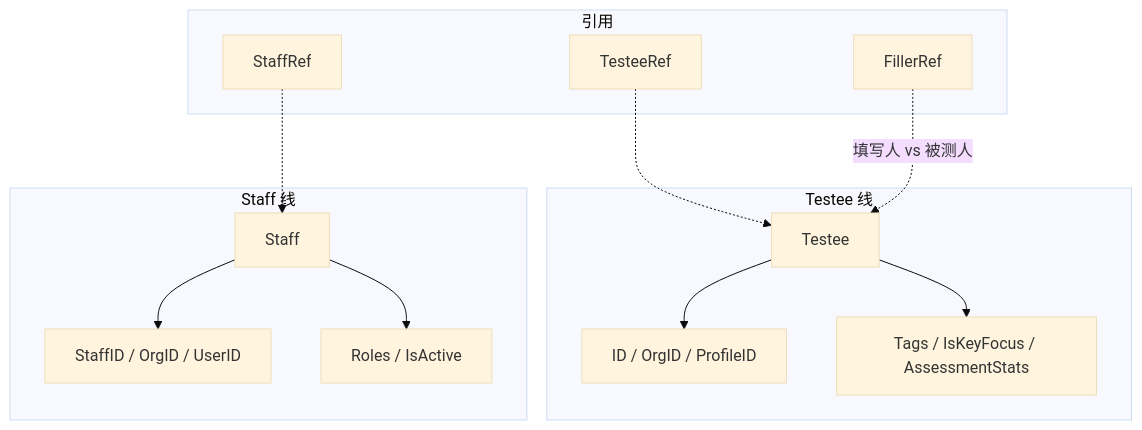
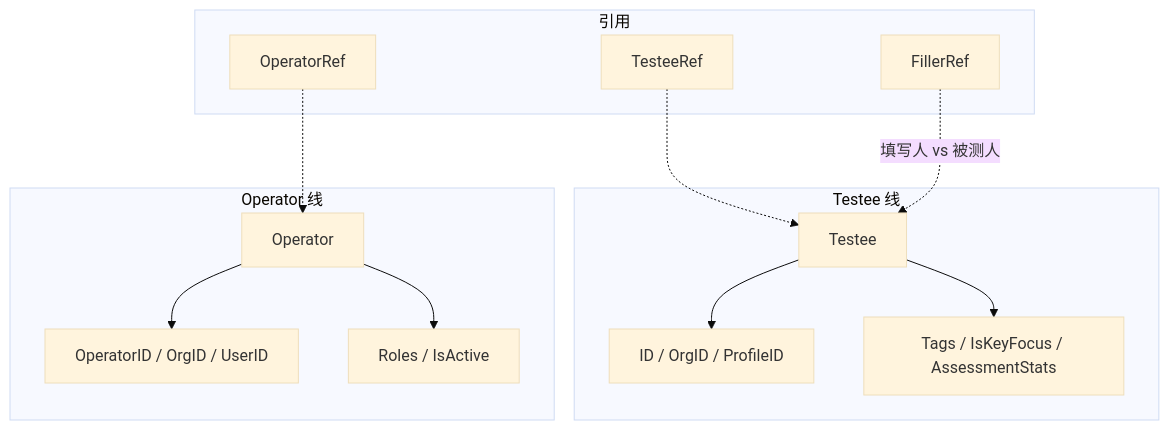
Before and after one commit to FangcunMount/qs-server: the third of 5 diagrams in docs/02-业务模块/05-actor.md, drawn with Mermaid (base theme). The commit also changed other lines of this file and 26 other files, not shown here.

Commit message:
pref  staff -> operator 重命名:

````diff
--- a/docs/02-业务模块/05-actor.md
+++ b/docs/02-业务模块/05-actor.md
@@ -148,28 +148,28 @@
 ```mermaid
 flowchart TB
     subgraph TE[Testee 线]
         T[Testee]
         TID[ID / OrgID / ProfileID]
         TBIZ[Tags / IsKeyFocus / AssessmentStats]
     end
 
-    subgraph ST[Staff 线]
-        S[Staff]
-        SID[StaffID / OrgID / UserID]
+    subgraph ST[Operator 线]
+        S[Operator]
+        SID[OperatorID / OrgID / UserID]
         SROLE[Roles / IsActive]
     end
 
     subgraph REF[引用]
         TR[TesteeRef]
-        SR[StaffRef]
+        SR[OperatorRef]
         FR[FillerRef]
     end
 
     T --> TID
     T --> TBIZ
     S --> SID
     S --> SROLE
     TR -.-> T
     SR -.-> S
     FR -.->|填写人 vs 被测人| T
 ```
````
